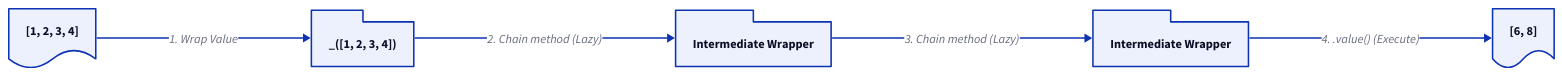
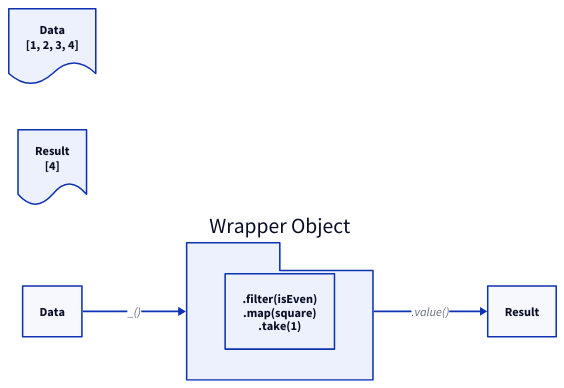
The diagram in .aigne/doc-smith/docs/api-seq.md (lban2049/lodash), drawn with D2 before and after one commit. The commit also changed other lines of this file and 40 other files, not shown here.

````diff
--- a/.aigne/doc-smith/docs/api-seq.md
+++ b/.aigne/doc-smith/docs/api-seq.md
@@ -15,34 +9,24 @@
 ```d2
 direction: right
 
-"Initial Array" { 
+"Data\n[1, 2, 3, 4]": {
   shape: document
-  label: "[1, 2, 3, 4]"
 }
 
-"Wrapped" {
+"Wrapper-Object": {
+  label: "Wrapper Object"
   shape: package
-  label: "_([1, 2, 3, 4])"
+  
+  "Operations": {
+    shape: rectangle
+    label: ".filter(isEven)\n.map(square)\n.take(1)"
+  }
 }
 
-"map(n => n * 2)" {
-  shape: package
-  label: "Intermediate Wrapper"
+"Result\n[4]": {
+  shape: document
 }
 
-"filter(n => n > 4)" {
-  shape: package
-  label: "Intermediate Wrapper"
-}
-
-"Result" {
-  shape: document
-  label: "[6, 8]"
-}
-
-"Initial Array" -> "Wrapped": "1. Wrap Value"
-"Wrapped" -> "map(n => n * 2)": "2. Chain method (Lazy)"
-"map(n => n * 2)" -> "filter(n => n > 4)": "3. Chain method (Lazy)"
-"filter(n => n > 4)" -> "Result": "4. .value() (Execute)"
-
+Data -> "Wrapper-Object": "_()"
+"Wrapper-Object" -> Result: ".value()"
 ```
````
